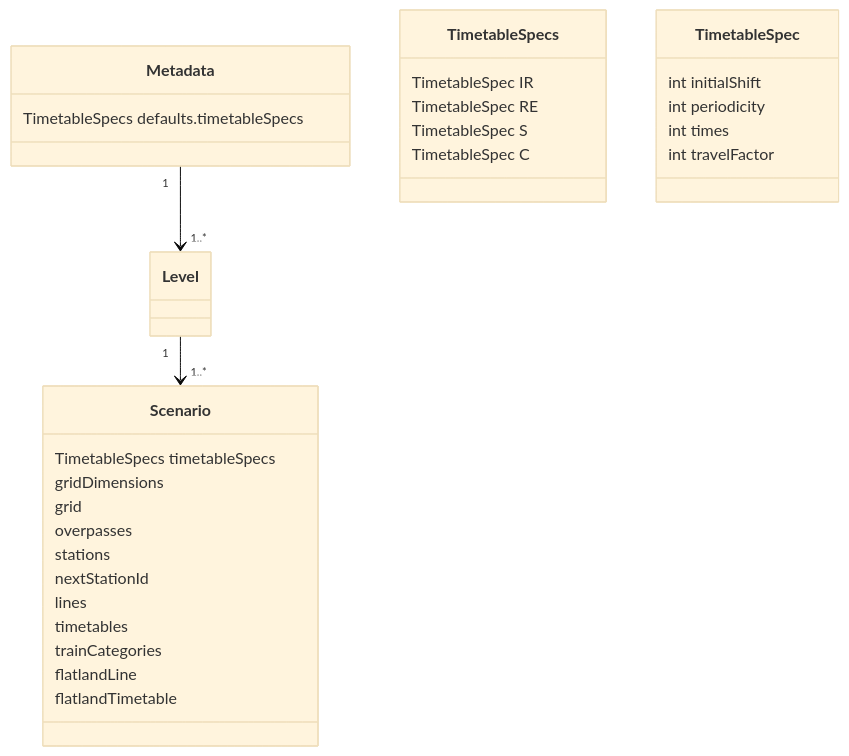
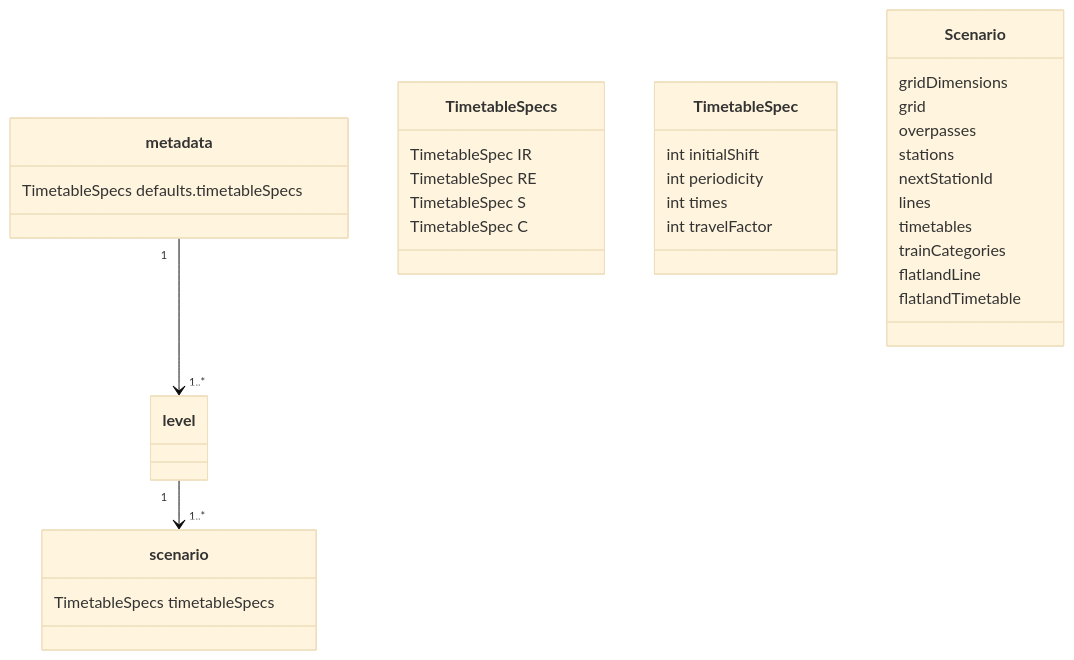
One commit to flatland-association/flatland-scenarios changed the first of 3 diagrams in scenario_generator/README.md. Above: the diagram before and after it, drawn with Mermaid (base theme).

````diff
--- a/scenario_generator/README.md
+++ b/scenario_generator/README.md
@@ -21,37 +21,37 @@
 ```mermaid
 classDiagram
-  class Metadata {
+  class metadata {
     TimetableSpecs defaults.timetableSpecs
   }
-  class Scenario {
+  class scenario {
     TimetableSpecs timetableSpecs
   }
-  Metadata "1" --> "1..*" Level
-  Level "1" --> "1..*" Scenario
+  metadata "1" --> "1..*" level
+  level "1" --> "1..*" scenario
 
   class TimetableSpecs {
     TimetableSpec IR
     TimetableSpec RE
     TimetableSpec S
     TimetableSpec C
   }
   class TimetableSpec {
     int initialShift
     int periodicity
     int times
     int travelFactor
   }
   class Scenario {
     gridDimensions
     grid
     overpasses
     stations
     nextStationId
     lines
     timetables
     trainCategories
     flatlandLine
     flatlandTimetable
   }
 
 ```
````
